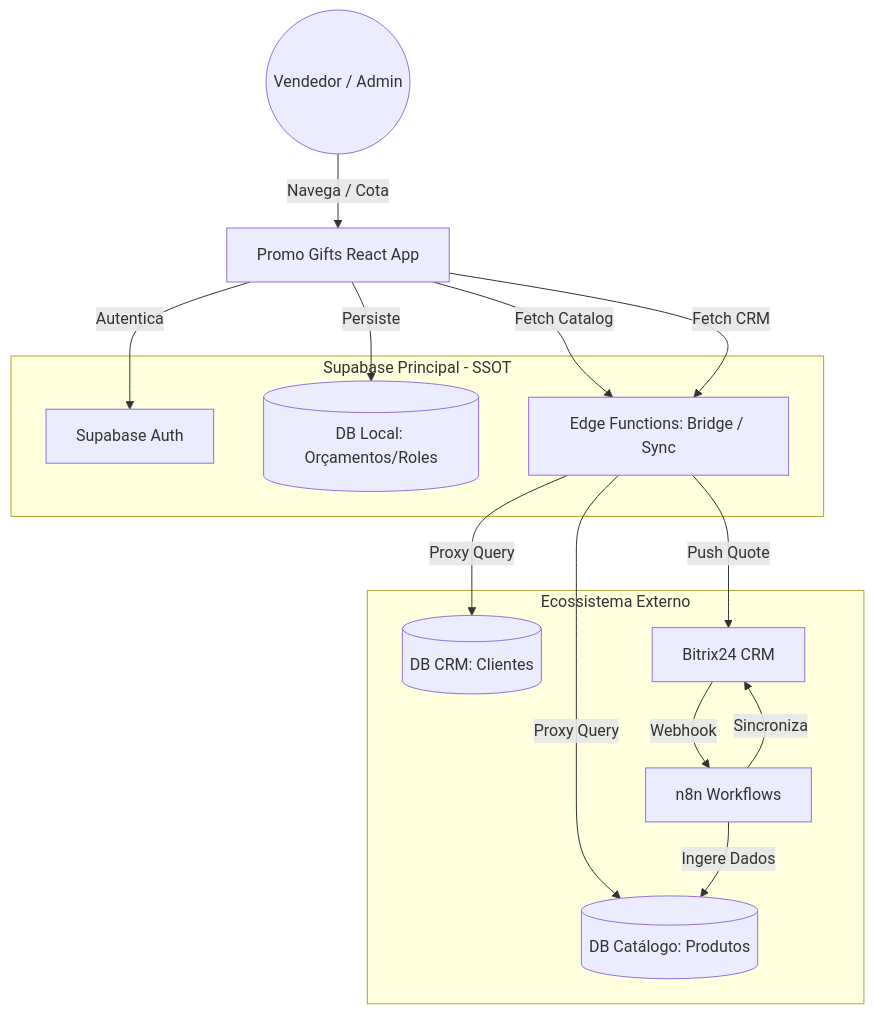
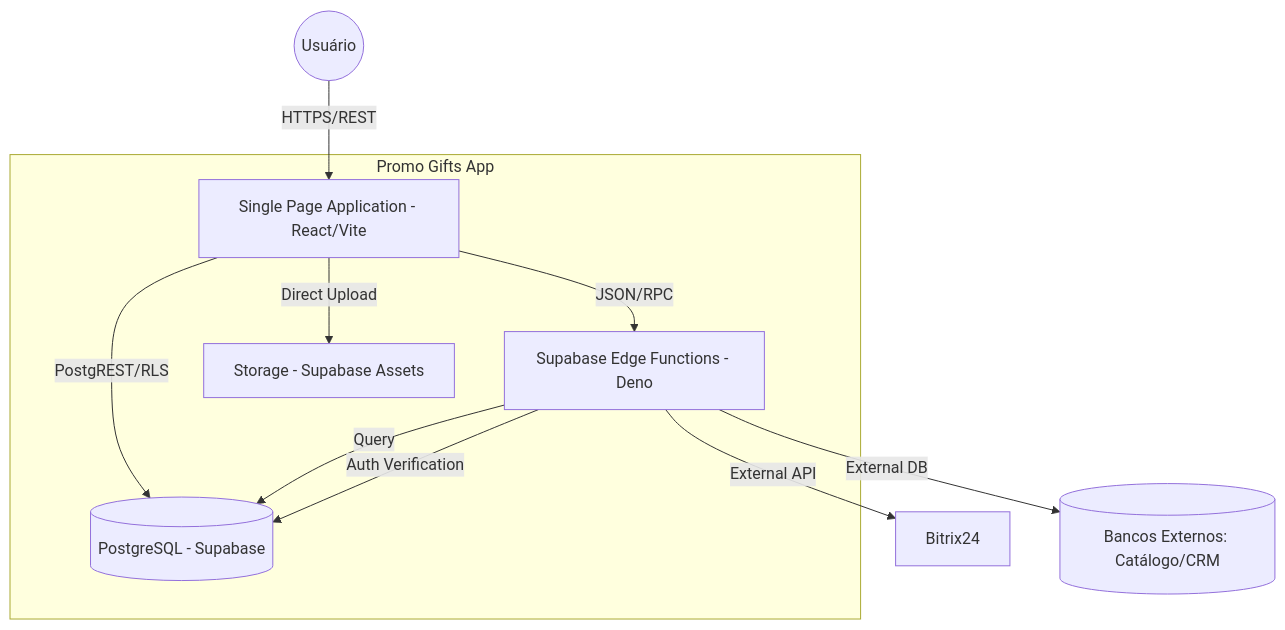
The second of 3 diagrams in docs/architecture/C4_CONTEXT.md (adm01-debug/Brindes_Sicoob_V2), drawn with Mermaid before and after one commit. The commit also changed other lines of this file, not shown here.

````diff
--- a/docs/architecture/C4_CONTEXT.md
+++ b/docs/architecture/C4_CONTEXT.md
@@ -5,33 +34,19 @@
 ```mermaid
 graph TD
-    User((Vendedor / Admin))
-    UI[Promo Gifts React App]
-    
-    subgraph Supabase_SSOT [Supabase Principal - SSOT]
-        Auth[Supabase Auth]
-        DB_Local[(DB Local: Orçamentos/Roles)]
-        Edge[Edge Functions: Bridge / Sync]
-    end
-    
-    subgraph External_Systems [Ecossistema Externo]
-        DB_Catalog[(DB Catálogo: Produtos)]
-        DB_CRM[(DB CRM: Clientes)]
-        Bitrix[Bitrix24 CRM]
-        N8N[n8n Workflows]
+    subgraph Promo_Gifts_App [Promo Gifts App]
+        UI[Single Page Application - React/Vite]
+        Edge[Supabase Edge Functions - Deno]
+        DB[(PostgreSQL - Supabase)]
+        Storage[Storage - Supabase Assets]
     end
 
-    User -->|Navega / Cota| UI
-    UI -->|Autentica| Auth
-    UI -->|Persiste| DB_Local
-    UI -->|Fetch Catalog| Edge
-    UI -->|Fetch CRM| Edge
+    User((Usuário)) -->|HTTPS/REST| UI
+    UI -->|JSON/RPC| Edge
+    UI -->|PostgREST/RLS| DB
+    UI -->|Direct Upload| Storage
     
-    Edge -->|Proxy Query| DB_Catalog
-    Edge -->|Proxy Query| DB_CRM
-    
-    N8N -->|Ingere Dados| DB_Catalog
-    N8N -->|Sincroniza| Bitrix
-    Bitrix -->|Webhook| N8N
-    
-    Edge -->|Push Quote| Bitrix
+    Edge -->|Query| DB
+    Edge -->|Auth Verification| DB
+    Edge -->|External API| Bitrix[Bitrix24]
+    Edge -->|External DB| ExtDB[(Bancos Externos: Catálogo/CRM)]
 ```
````
